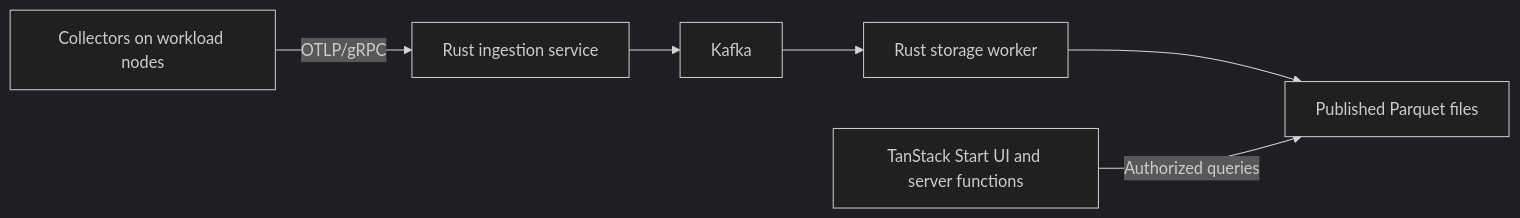
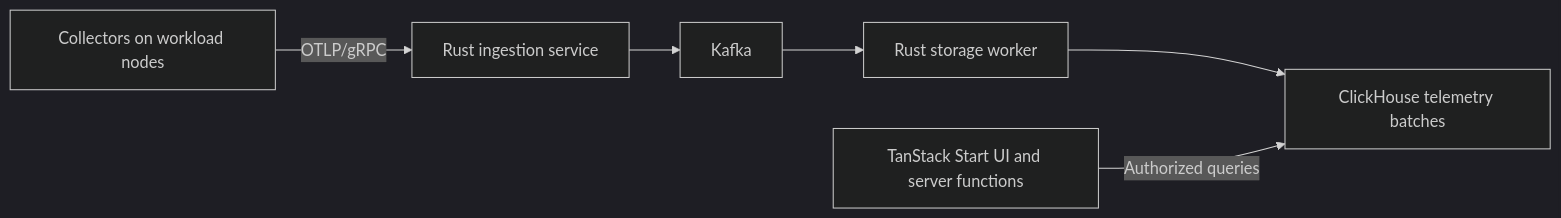
Before and after one commit to theodore-lheureux/pfe-telemetry: the diagram in docs/architecture.md, drawn with Mermaid (dark theme). The commit also changed other lines of this file and 63 other files, not shown here.

Commit message:
feat(telemetry): add ClickHouse-backed execution recordings

````diff
--- a/docs/architecture.md
+++ b/docs/architecture.md
@@ -25,8 +25,8 @@
 ```mermaid
 flowchart LR
     collectors["Collectors on workload nodes"] -->|OTLP/gRPC| ingest["Rust ingestion service"]
     ingest --> broker["Kafka"]
     broker --> worker["Rust storage worker"]
-    worker --> storage["Published Parquet files"]
+    worker --> storage["ClickHouse telemetry batches"]
     web["TanStack Start UI and server functions"] -->|Authorized queries| storage
 ```
````
